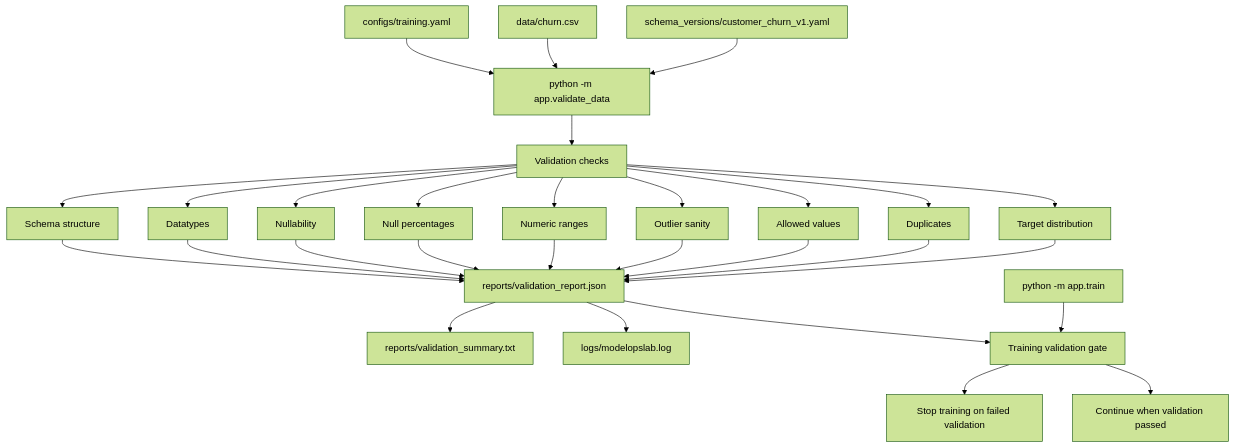
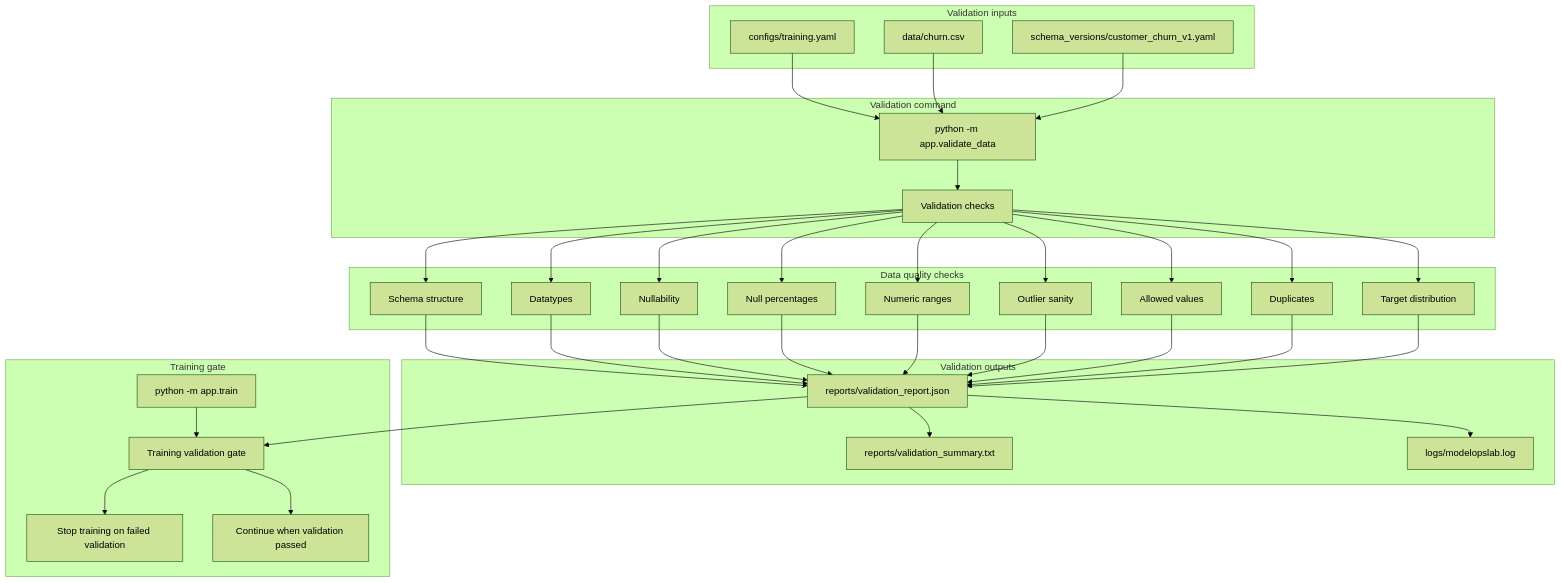
One commit to git4alauddin/model-ops-lab changed the diagram in docs/diagrams/v2_validation_flow.md. Above: the diagram before and after it, drawn with Mermaid (forest theme). The commit also changed 9 other files, not shown here.

Commit message:
docs: standardize version mermaid diagrams

````diff
--- a/docs/diagrams/v2_validation_flow.md
+++ b/docs/diagrams/v2_validation_flow.md
@@ -7,62 +7,72 @@
 ```mermaid
 flowchart TD
-    config["configs/training.yaml"]
-    dataset["data/churn.csv"]
-    schema["schema_versions/customer_churn_v1.yaml"]
+    subgraph validation_inputs["Validation inputs"]
+        config["configs/training.yaml"]
+        dataset["data/churn.csv"]
+        schema["schema_versions/customer_churn_v1.yaml"]
+    end
 
-    command["python -m app.validate_data"]
+    subgraph validation_command["Validation command"]
+        command["python -m app.validate_data"]
+        checks["Validation checks"]
+    end
 
-    checks["Validation checks"]
-    structural["Schema structure"]
-    dtype["Datatypes"]
-    nullability["Nullability"]
-    null_pct["Null percentages"]
-    ranges["Numeric ranges"]
-    outliers["Outlier sanity"]
-    allowed["Allowed values"]
-    duplicates["Duplicates"]
-    target["Target distribution"]
+    subgraph validation_checks["Data quality checks"]
+        structural["Schema structure"]
+        dtype["Datatypes"]
+        nullability["Nullability"]
+        null_pct["Null percentages"]
+        ranges["Numeric ranges"]
+        outliers["Outlier sanity"]
+        allowed["Allowed values"]
+        duplicates["Duplicates"]
+        target["Target distribution"]
+    end
 
-    report["reports/validation_report.json"]
-    summary["reports/validation_summary.txt"]
-    logs["logs/modelopslab.log"]
+    subgraph validation_outputs["Validation outputs"]
+        report["reports/validation_report.json"]
+        summary["reports/validation_summary.txt"]
+        logs["logs/modelopslab.log"]
+    end
 
-    gate["Training validation gate"]
-    train["python -m app.train"]
-    stop["Stop training on failed validation"]
-    continue["Continue when validation passed"]
+    subgraph training_gate["Training gate"]
+        gate["Training validation gate"]
+        train["python -m app.train"]
+        stop["Stop training on failed validation"]
+        continue["Continue when validation passed"]
+    end
 
     config --> command
     dataset --> command
     schema --> command
 
     command --> checks
 
     checks --> structural
     checks --> dtype
     checks --> nullability
     checks --> null_pct
     checks --> ranges
     checks --> outliers
     checks --> allowed
     checks --> duplicates
     checks --> target
 
     structural --> report
     dtype --> report
     nullability --> report
     null_pct --> report
     ranges --> report
     outliers --> report
     allowed --> report
     duplicates --> report
     target --> report
 
     report --> summary
     report --> logs
 
     report --> gate
     train --> gate
     gate --> stop
     gate --> continue
 ```
````
